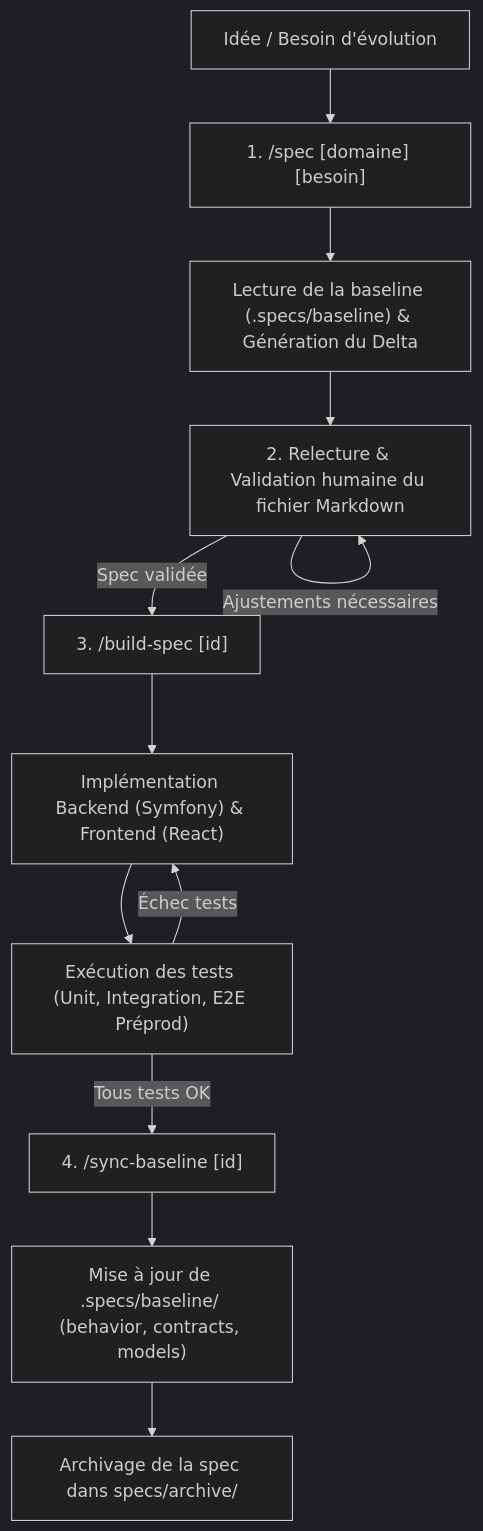
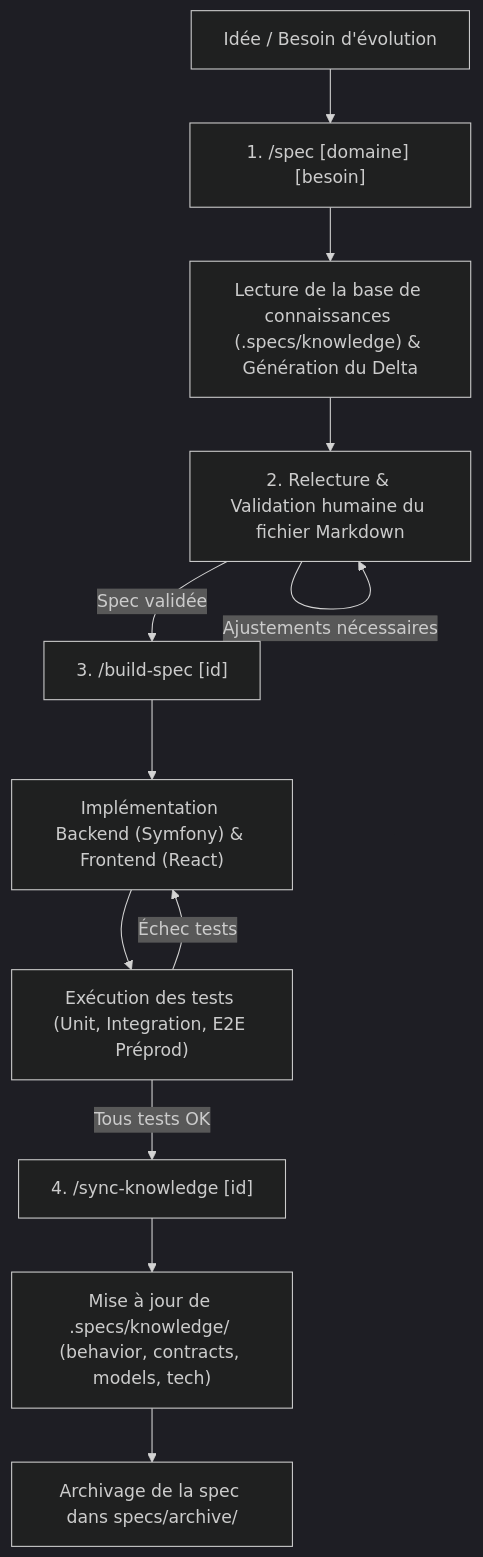
One commit to ngdo-pro/nanko changed the first of 2 diagrams in specs.md. Above: the diagram before and after it, drawn with Mermaid (dark theme). The commit also changed other lines of this file and 36 other files, not shown here.

Commit message:
feat(knowledge): introduce knowledge track, knowledge-orchestrator, and specialized sync skills

````diff
--- a/specs.md
+++ b/specs.md
@@ -80,14 +80,14 @@
     ```mermaid
     flowchart TD
         A[Idée / Besoin d'évolution] --> B["1. /spec [domaine] [besoin]"]
-        B --> C["Lecture de la baseline (.specs/baseline) & Génération du Delta"]
+        B --> C["Lecture de la base de connaissances (.specs/knowledge) & Génération du Delta"]
         C --> D["2. Relecture & Validation humaine du fichier Markdown"]
         D -->|Ajustements nécessaires| D
         D -->|Spec validée| E["3. /build-spec [id]"]
         E --> F["Implémentation Backend (Symfony) & Frontend (React)"]
         F --> G["Exécution des tests (Unit, Integration, E2E Préprod)"]
         G -->|Échec tests| F
-        G -->|Tous tests OK| H["4. /sync-baseline [id]"]
-        H --> I["Mise à jour de .specs/baseline/ (behavior, contracts, models)"]
+        G -->|Tous tests OK| H["4. /sync-knowledge [id]"]
+        H --> I["Mise à jour de .specs/knowledge/ (behavior, contracts, models, tech)"]
         I --> J["Archivage de la spec dans specs/archive/"]
     ```
````
